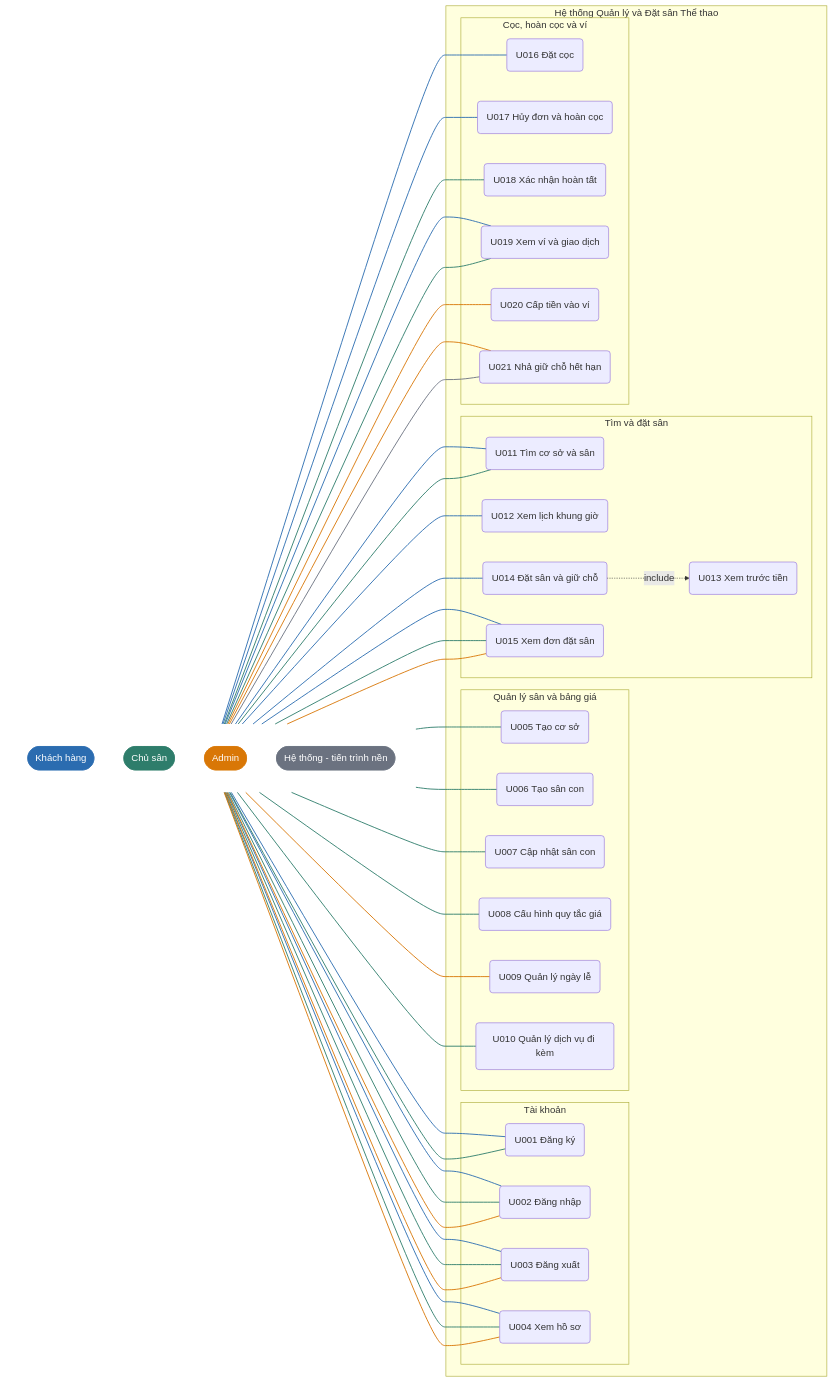
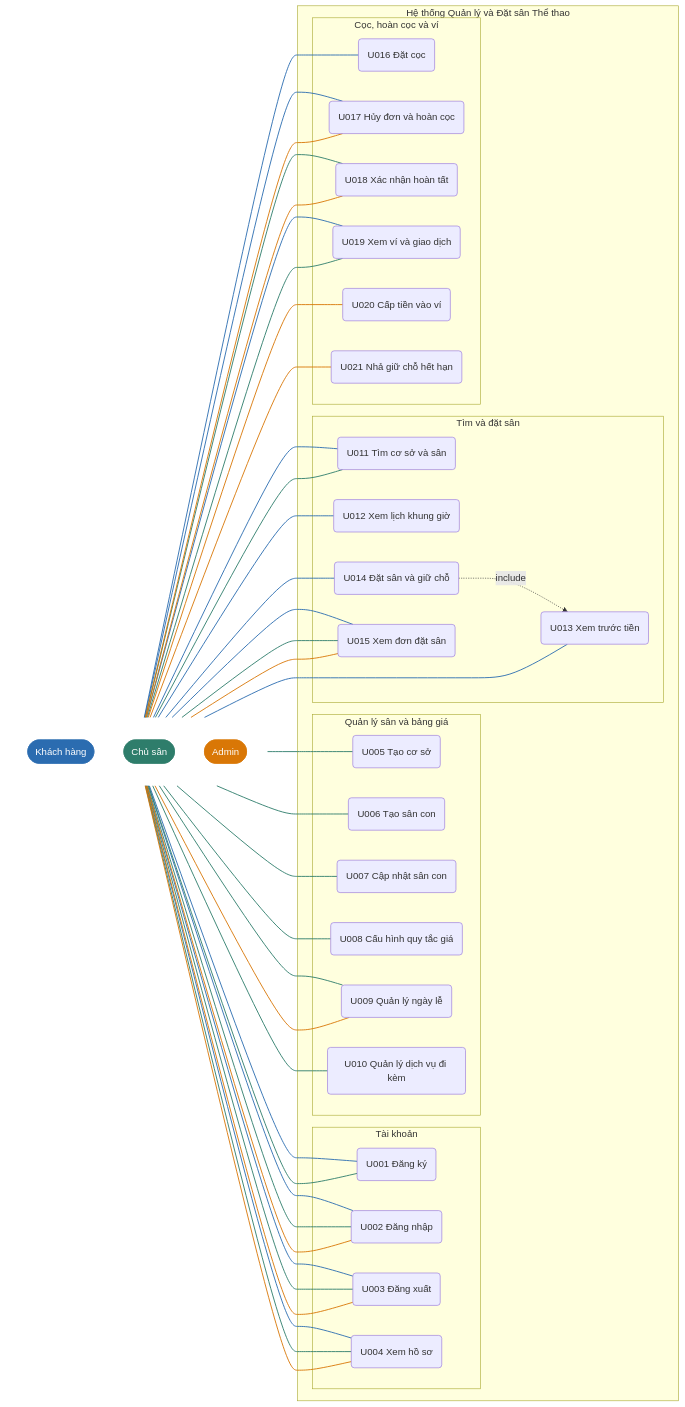
The diagram in docs/analysis-report.md (HauBaka/sports-court-booking), drawn with Mermaid before and after one commit. The commit also changed other lines of this file and 1 other file, not shown here.

````diff
--- a/docs/analysis-report.md
+++ b/docs/analysis-report.md
@@ -221,56 +221,52 @@
 ```mermaid
 
 flowchart LR
   subgraph LEFT[ ]
     direction TB
     KH([Khách hàng])
     CS([Chủ sân])
     AD([Admin])
-    HT([Hệ thống - tiến trình nền])
   end
   style LEFT fill:none,stroke:none
   subgraph SYS[Hệ thống Quản lý và Đặt sân Thể thao]
     subgraph G1[Tài khoản]
       U001(U001 Đăng ký)
       U002(U002 Đăng nhập)
       U003(U003 Đăng xuất)
       U004(U004 Xem hồ sơ)
     end
     subgraph G2[Quản lý sân và bảng giá]
       U005(U005 Tạo cơ sở)
       U006(U006 Tạo sân con)
       U007(U007 Cập nhật sân con)
       U008(U008 Cấu hình quy tắc giá)
       U009(U009 Quản lý ngày lễ)
       U010(U010 Quản lý dịch vụ đi kèm)
     end
     subgraph G3[Tìm và đặt sân]
       U011(U011 Tìm cơ sở và sân)
       U012(U012 Xem lịch khung giờ)
       U013(U013 Xem trước tiền)
       U014(U014 Đặt sân và giữ chỗ)
       U015(U015 Xem đơn đặt sân)
     end
     subgraph G4[Cọc, hoàn cọc và ví]
       U016(U016 Đặt cọc)
       U017(U017 Hủy đơn và hoàn cọc)
       U018(U018 Xác nhận hoàn tất)
       U019(U019 Xem ví và giao dịch)
       U020(U020 Cấp tiền vào ví)
       U021(U021 Nhả giữ chỗ hết hạn)
     end
   end
-  KH --- U001 & U002 & U003 & U004 & U011 & U012 & U014 & U015 & U016 & U017 & U019
-  CS --- U001 & U002 & U003 & U004 & U005 & U006 & U007 & U008 & U010 & U011 & U015 & U018 & U019
-  AD --- U002 & U003 & U004 & U009 & U015 & U020 & U021
-  HT --- U021
+  KH --- U001 & U002 & U003 & U004 & U011 & U012 & U013 & U014 & U015 & U016 & U017 & U019
+  CS --- U001 & U002 & U003 & U004 & U005 & U006 & U007 & U008 & U009 & U010 & U011 & U015 & U018 & U019
+  AD --- U002 & U003 & U004 & U009 & U015 & U017 & U018 & U020 & U021
   U014 -. include .-> U013
   style KH fill:#2b6cb0,stroke:#2b6cb0,color:#fff
-  linkStyle 0,1,2,3,4,5,6,7,8,9,10 stroke:#2b6cb0,stroke-width:1.5px
+  linkStyle 0,1,2,3,4,5,6,7,8,9,10,11 stroke:#2b6cb0,stroke-width:1.5px
   style CS fill:#2e7d6b,stroke:#2e7d6b,color:#fff
-  linkStyle 11,12,13,14,15,16,17,18,19,20,21,22,23 stroke:#2e7d6b,stroke-width:1.5px
+  linkStyle 12,13,14,15,16,17,18,19,20,21,22,23,24,25 stroke:#2e7d6b,stroke-width:1.5px
   style AD fill:#d97706,stroke:#d97706,color:#fff
-  linkStyle 24,25,26,27,28,29,30 stroke:#d97706,stroke-width:1.5px
-  style HT fill:#6b7280,stroke:#6b7280,color:#fff
-  linkStyle 31 stroke:#6b7280,stroke-width:1.5px
+  linkStyle 26,27,28,29,30,31,32,33,34 stroke:#d97706,stroke-width:1.5px
 ```
````
